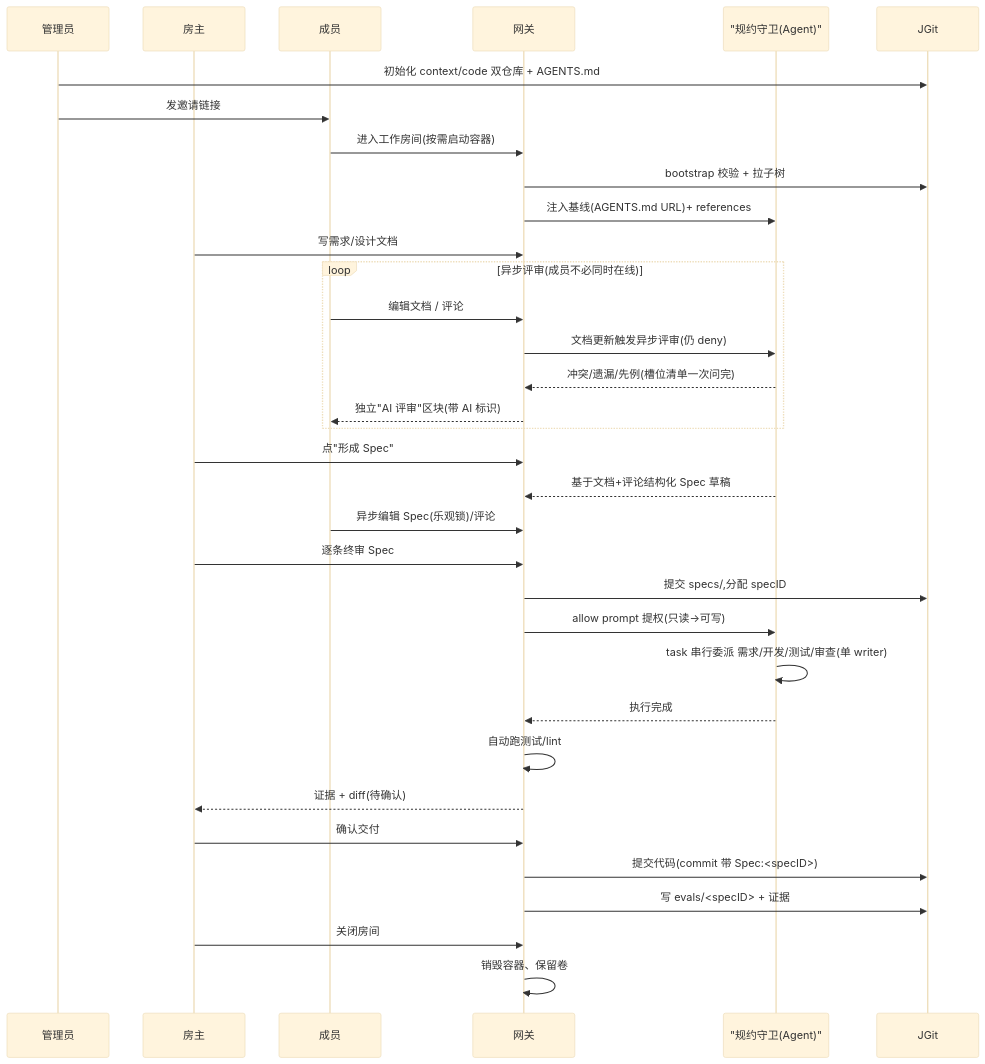
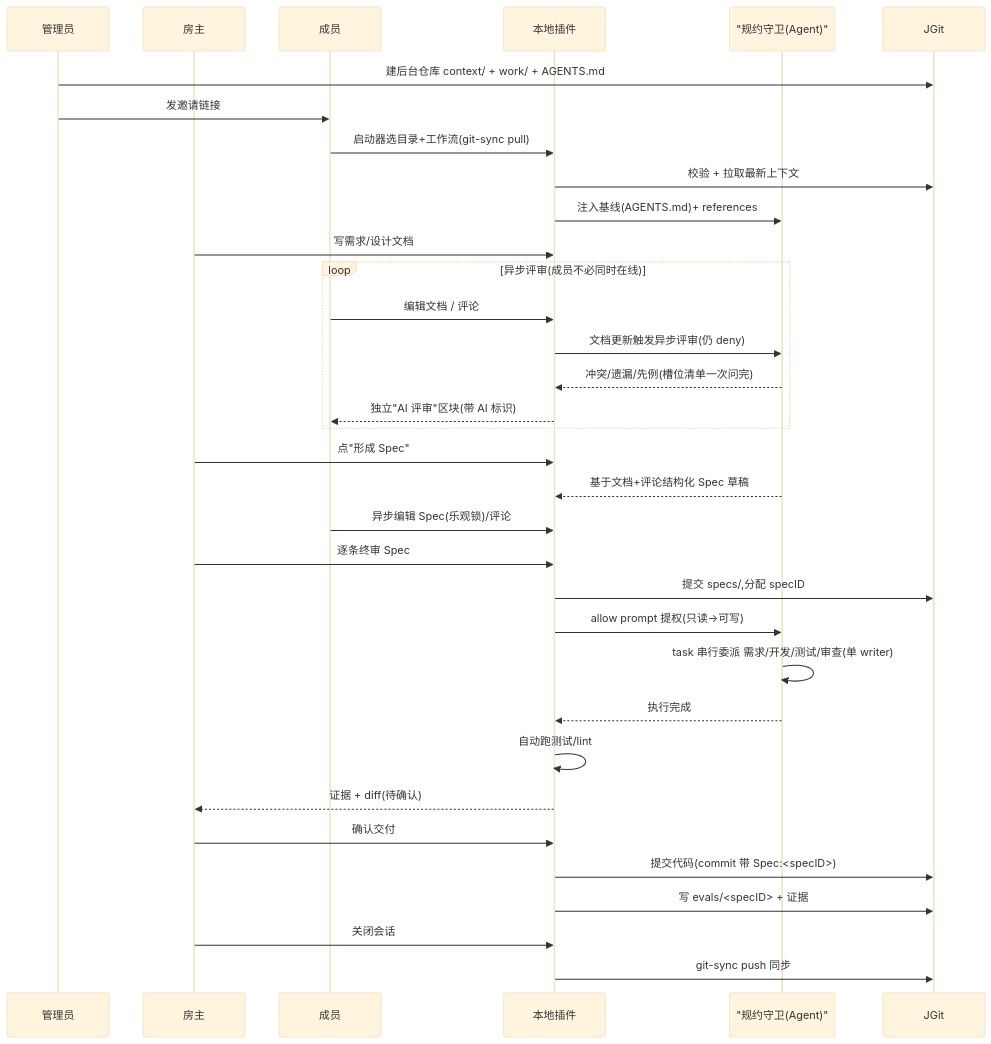
Before and after one commit to wonglaitung/opencode: the first of 4 diagrams in COLLECTIVE.md, drawn with Mermaid (base theme). The commit also changed other lines of this file, not shown here.

````diff
--- a/COLLECTIVE.md
+++ b/COLLECTIVE.md
@@ -126,39 +131,39 @@
 ```mermaid
 sequenceDiagram
     participant 管理员
     participant 房主
     participant 成员
-    participant 网关
+    participant 本地插件
     participant AI as "规约守卫(Agent)"
     participant JGit
 
-    管理员->>JGit: 初始化 context/code 双仓库 + AGENTS.md
+    管理员->>JGit: 建后台仓库 context/ + work/ + AGENTS.md
     管理员->>成员: 发邀请链接
-    成员->>网关: 进入工作房间(按需启动容器)
-    网关->>JGit: bootstrap 校验 + 拉子树
-    网关->>AI: 注入基线(AGENTS.md URL)+ references
+    成员->>本地插件: 启动器选目录+工作流(git-sync pull)
+    本地插件->>JGit: 校验 + 拉取最新上下文
+    本地插件->>AI: 注入基线(AGENTS.md)+ references
 
-    房主->>网关: 写需求/设计文档
+    房主->>本地插件: 写需求/设计文档
     loop 异步评审(成员不必同时在线)
-        成员->>网关: 编辑文档 / 评论
-        网关->>AI: 文档更新触发异步评审(仍 deny)
-        AI-->>网关: 冲突/遗漏/先例(槽位清单一次问完)
-        网关-->>成员: 独立"AI 评审"区块(带 AI 标识)
+        成员->>本地插件: 编辑文档 / 评论
+        本地插件->>AI: 文档更新触发异步评审(仍 deny)
+        AI-->>本地插件: 冲突/遗漏/先例(槽位清单一次问完)
+        本地插件-->>成员: 独立"AI 评审"区块(带 AI 标识)
     end
 
-    房主->>网关: 点"形成 Spec"
-    AI-->>网关: 基于文档+评论结构化 Spec 草稿
-    成员->>网关: 异步编辑 Spec(乐观锁)/评论
-    房主->>网关: 逐条终审 Spec
-    网关->>JGit: 提交 specs/,分配 specID
-    网关->>AI: allow prompt 提权(只读→可写)
+    房主->>本地插件: 点"形成 Spec"
+    AI-->>本地插件: 基于文档+评论结构化 Spec 草稿
+    成员->>本地插件: 异步编辑 Spec(乐观锁)/评论
+    房主->>本地插件: 逐条终审 Spec
+    本地插件->>JGit: 提交 specs/,分配 specID
+    本地插件->>AI: allow prompt 提权(只读→可写)
     AI->>AI: task 串行委派 需求/开发/测试/审查(单 writer)
-    AI-->>网关: 执行完成
-    网关->>网关: 自动跑测试/lint
-    网关-->>房主: 证据 + diff(待确认)
-    房主->>网关: 确认交付
-    网关->>JGit: 提交代码(commit 带 Spec:<specID>)
-    网关->>JGit: 写 evals/<specID> + 证据
-    房主->>网关: 关闭房间
-    网关->>网关: 销毁容器、保留卷
+    AI-->>本地插件: 执行完成
+    本地插件->>本地插件: 自动跑测试/lint
+    本地插件-->>房主: 证据 + diff(待确认)
+    房主->>本地插件: 确认交付
+    本地插件->>JGit: 提交代码(commit 带 Spec:<specID>)
+    本地插件->>JGit: 写 evals/<specID> + 证据
+    房主->>本地插件: 关闭会话
+    本地插件->>JGit: git-sync push 同步
 ```
````
